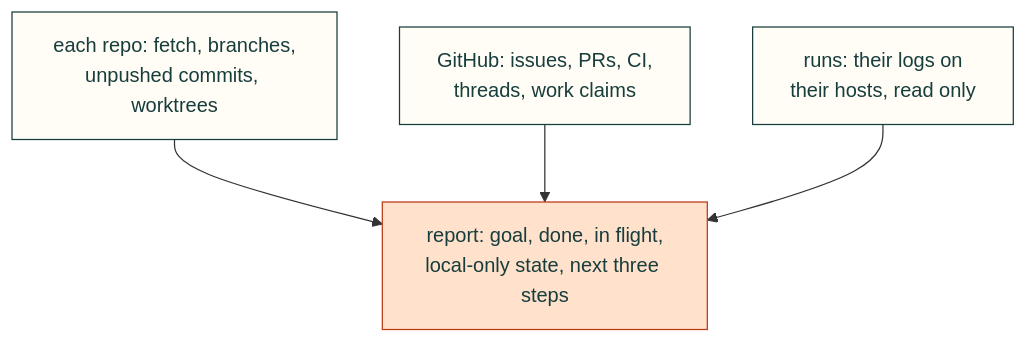
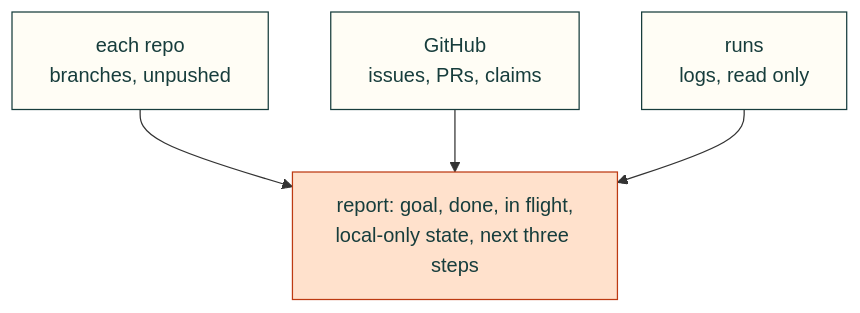
Before and after one commit to Valpatel/cad-agent: the diagram in agents/cad-resume.md, drawn with Mermaid.

Commit message:
cad-resume diagram fits the column

````diff
--- a/agents/cad-resume.md
+++ b/agents/cad-resume.md
@@ -9,12 +9,12 @@
 ```mermaid
 flowchart TD
-    G["each repo: fetch, branches,<br/>unpushed commits, worktrees"] --> R
-    H["GitHub: issues, PRs, CI,<br/>threads, work claims"] --> R
-    L["runs: their logs on<br/>their hosts, read only"] --> R
+    G["each repo<br/>branches, unpushed"] --> R
+    H["GitHub<br/>issues, PRs, claims"] --> R
+    L["runs<br/>logs, read only"] --> R
     R["report: goal, done, in flight,<br/>local-only state, next three steps"]
     classDef here fill:#fffdf5,stroke:#173d3c,color:#173d3c
     classDef near fill:#eef1e4,stroke:#6f8a80,color:#173d3c
     classDef out fill:#ffe1cc,stroke:#bd3a12,color:#173d3c
     class G,H,L here
     class R out
 ```
````
